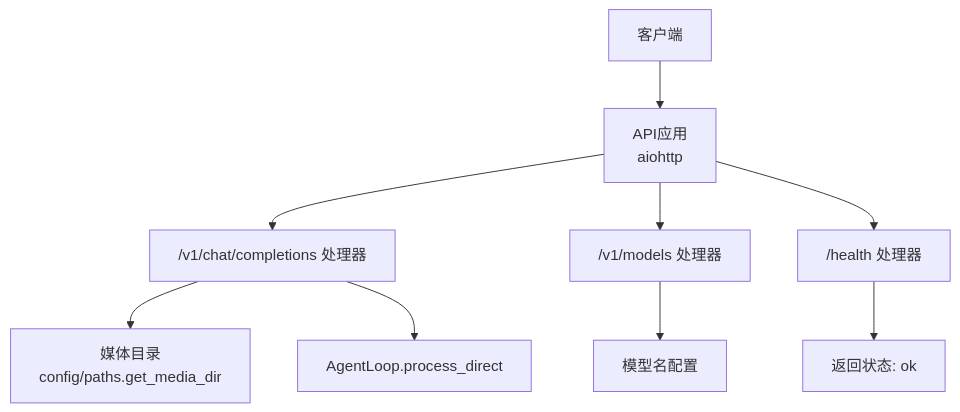
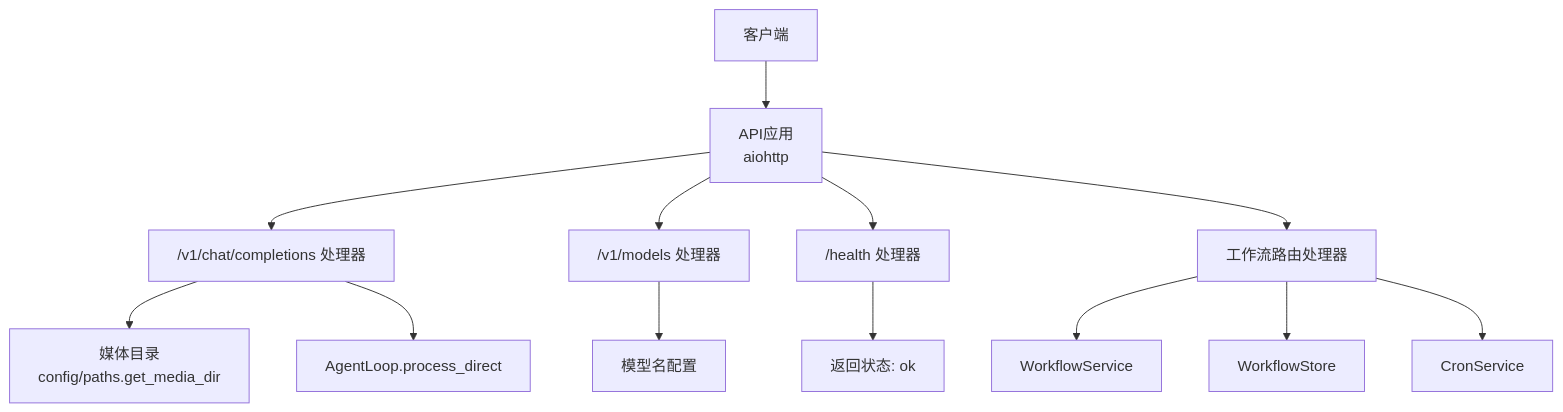
The first of 3 diagrams in .qoder/repowiki/zh/content/API服务设计/REST API端点.md (gongzeq/VAPT3), drawn with Mermaid before and after one commit. The commit also changed other lines of this file and 33 other files, not shown here.

````diff
--- a/.qoder/repowiki/zh/content/API服务设计/REST API端点.md
+++ b/.qoder/repowiki/zh/content/API服务设计/REST API端点.md
@@ -47,11 +91,15 @@
 ```mermaid
 graph TB
 Client["客户端"] --> API["API应用<br/>aiohttp"]
 API --> HandlerChat["/v1/chat/completions 处理器"]
 API --> HandlerModels["/v1/models 处理器"]
 API --> HandlerHealth["/health 处理器"]
+API --> WorkflowRoutes["工作流路由处理器"]
 HandlerChat --> Media["媒体目录<br/>config/paths.get_media_dir"]
 HandlerChat --> Agent["AgentLoop.process_direct"]
 HandlerModels --> ModelCfg["模型名配置"]
 HandlerHealth --> HealthOK["返回状态: ok"]
+WorkflowRoutes --> WorkflowService["WorkflowService"]
+WorkflowRoutes --> Store["WorkflowStore"]
+WorkflowRoutes --> Cron["CronService"]
 ```
````
